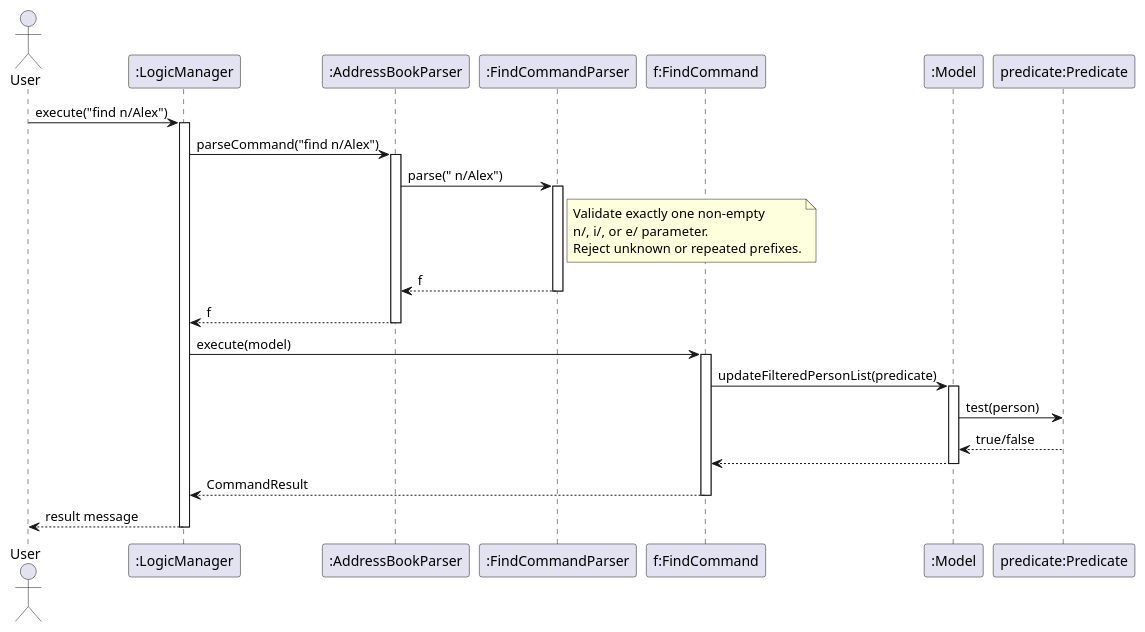
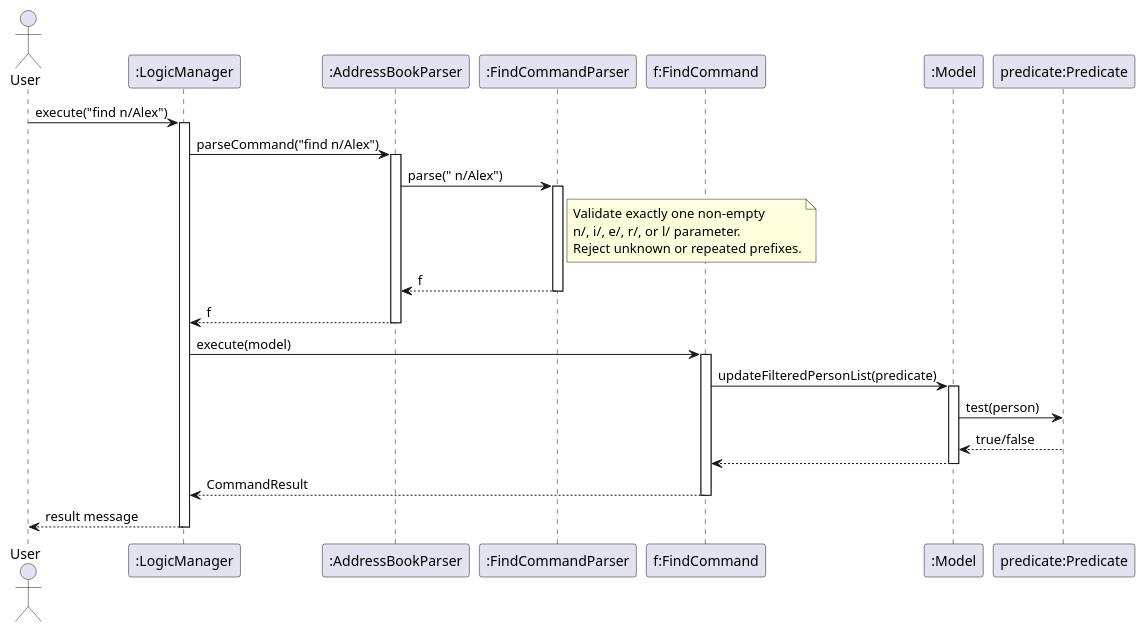
One commit to AY2627S1-CS2103T-F12-1/tp changed the diagram in diagrams/FindCommandSequenceDiagram.puml. Above: the diagram before and after it, drawn with PlantUML. The commit also changed 42 other files, not shown here.

```diff
--- a/diagrams/FindCommandSequenceDiagram.puml
+++ b/diagrams/FindCommandSequenceDiagram.puml
@@ -1,44 +1,44 @@
 @startuml
 actor User
 participant ":LogicManager" as LogicManager
 participant ":AddressBookParser" as AddressBookParser
 participant ":FindCommandParser" as FindCommandParser
 participant "f:FindCommand" as FindCommand
 participant ":Model" as Model
 participant "predicate:Predicate" as Predicate
 
 User -> LogicManager : execute("find n/Alex")
 activate LogicManager
 
 LogicManager -> AddressBookParser : parseCommand("find n/Alex")
 activate AddressBookParser
 
 AddressBookParser -> FindCommandParser : parse(" n/Alex")
 activate FindCommandParser
 note right of FindCommandParser
 Validate exactly one non-empty
-n/, i/, or e/ parameter.
+n/, i/, e/, r/, or l/ parameter.
 Reject unknown or repeated prefixes.
 end note
 FindCommandParser --> AddressBookParser : f
 deactivate FindCommandParser
 
 AddressBookParser --> LogicManager : f
 deactivate AddressBookParser
 
 LogicManager -> FindCommand : execute(model)
 activate FindCommand
 
 FindCommand -> Model : updateFilteredPersonList(predicate)
 activate Model
 Model -> Predicate : test(person)
 Predicate --> Model : true/false
 Model --> FindCommand
 deactivate Model
 
 FindCommand --> LogicManager : CommandResult
 deactivate FindCommand
 
 LogicManager --> User : result message
 deactivate LogicManager
 @enduml
```
